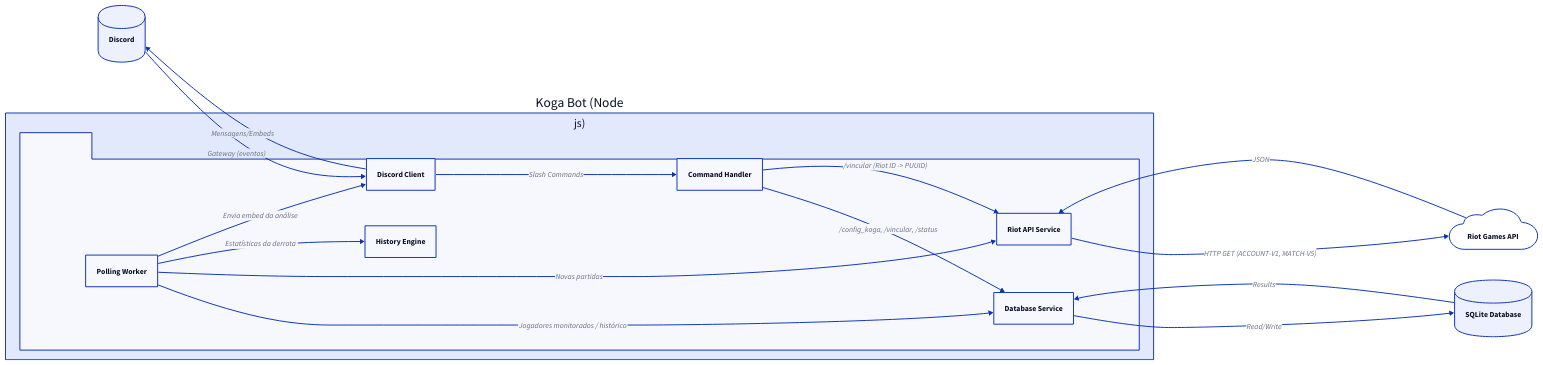
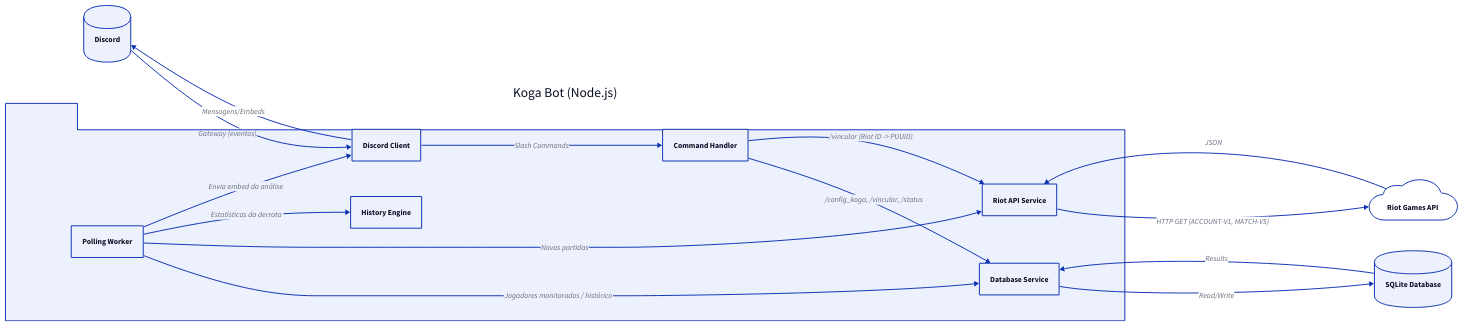
Before and after one commit to breno-hof/discord-bot-koga: the diagram in docs/diagrams/architecture.d2, drawn with D2. The commit also changed 9 other files, not shown here.

First line of the commit message:
docs: regenerate diagrams from corrected D2 sources (SVG)

```diff
--- a/docs/diagrams/architecture.d2
+++ b/docs/diagrams/architecture.d2
@@ -1,59 +1,59 @@
 direction: right
 
 Discord: {
   shape: cylinder
 }
 
 Riot Games API: {
   shape: cloud
 }
 
-Koga Bot (Node.js): {
+bot: "Koga Bot (Node.js)" {
   shape: package
 
   Discord Client: {
     shape: rectangle
   }
 
   Command Handler: {
     shape: rectangle
   }
 
   Polling Worker: {
     shape: rectangle
   }
 
   Riot API Service: {
     shape: rectangle
   }
 
   History Engine: {
     shape: rectangle
   }
 
   Database Service: {
     shape: rectangle
   }
 
   Discord Client -> Command Handler: Slash Commands
   Command Handler -> Database Service: /config_koga, /vincular, /status
   Command Handler -> Riot API Service: /vincular (Riot ID -> PUUID)
 
   Polling Worker -> Database Service: Jogadores monitorados / histórico
   Polling Worker -> Riot API Service: Novas partidas
   Polling Worker -> History Engine: Estatísticas da derrota
   Polling Worker -> Discord Client: Envia embed da análise
 }
 
 SQLite Database: {
   shape: cylinder
 }
 
-Discord -> Koga Bot (Node.js).Discord Client: Gateway (eventos)
-Koga Bot (Node.js).Discord Client -> Discord: Mensagens/Embeds
+Discord -> bot.Discord Client: Gateway (eventos)
+bot.Discord Client -> Discord: Mensagens/Embeds
 
-Koga Bot (Node.js).Riot API Service -> Riot Games API: HTTP GET (ACCOUNT-V1, MATCH-V5)
-Riot Games API -> Koga Bot (Node.js).Riot API Service: JSON
+bot.Riot API Service -> Riot Games API: HTTP GET (ACCOUNT-V1, MATCH-V5)
+Riot Games API -> bot.Riot API Service: JSON
 
-Koga Bot (Node.js).Database Service -> SQLite Database: Read/Write
-SQLite Database -> Koga Bot (Node.js).Database Service: Results
+bot.Database Service -> SQLite Database: Read/Write
+SQLite Database -> bot.Database Service: Results
```
